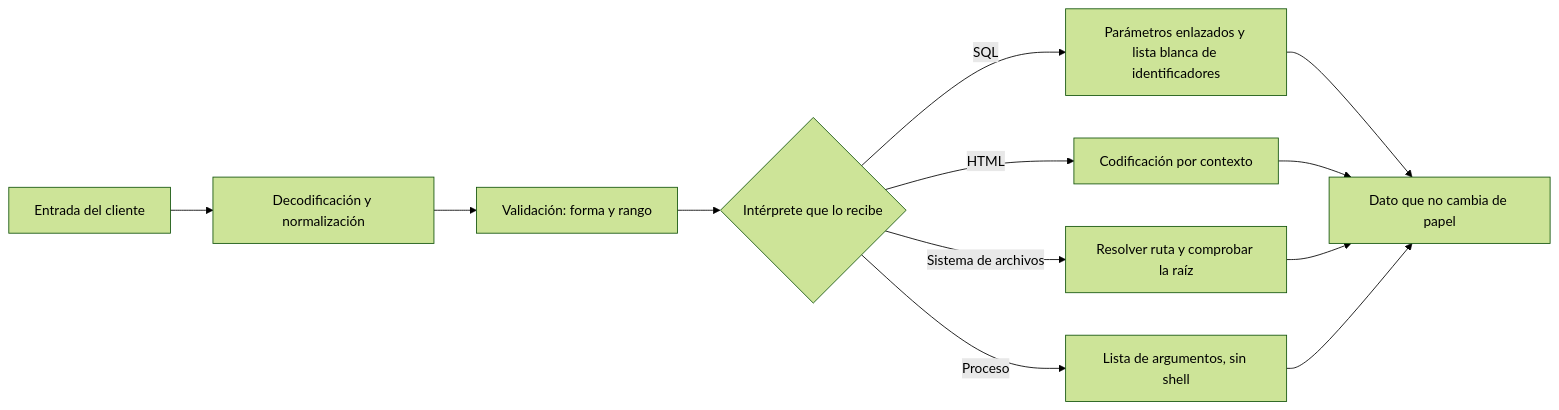
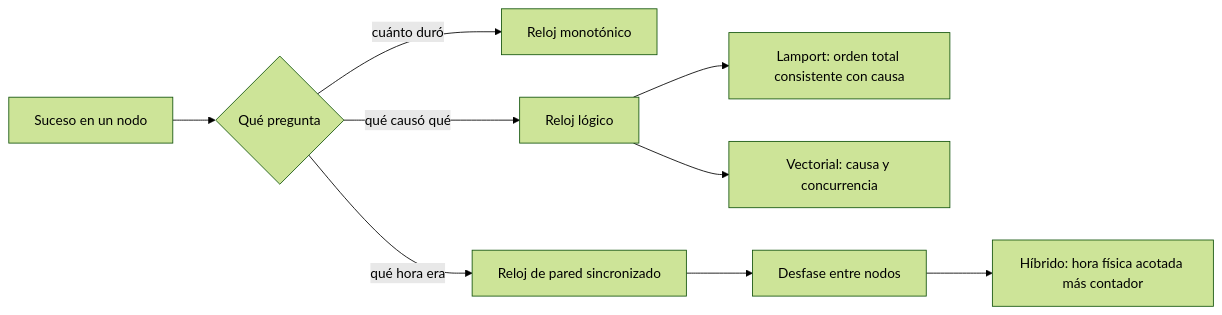
One commit to vladimiracunadev-create/modern-software-engineering-program changed the diagram in content/part-32/SE-388.md. Above: the diagram before and after it, drawn with Mermaid (forest theme). The commit also changed other lines of this file and 5193 other files, not shown here.

````diff
--- a/content/part-32/SE-388.md
+++ b/content/part-32/SE-388.md
@@ -56,14 +55,11 @@
 ```mermaid
 flowchart LR
-    A[Entrada del cliente] --> B[Decodificación y normalización]
-    B --> C[Validación: forma y rango]
-    C --> D{Intérprete que lo recibe}
-    D -->|SQL| E[Parámetros enlazados y lista blanca de identificadores]
-    D -->|HTML| F[Codificación por contexto]
-    D -->|Sistema de archivos| G[Resolver ruta y comprobar la raíz]
-    D -->|Proceso| H[Lista de argumentos, sin shell]
-    E --> I[Dato que no cambia de papel]
-    F --> I
-    G --> I
-    H --> I
+    A[Suceso en un nodo] --> B{Qué pregunta}
+    B -->|cuánto duró| C[Reloj monotónico]
+    B -->|qué hora era| D[Reloj de pared sincronizado]
+    B -->|qué causó qué| E[Reloj lógico]
+    E --> F[Lamport: orden total consistente con causa]
+    E --> G[Vectorial: causa y concurrencia]
+    D --> H[Desfase entre nodos]
+    H --> I[Híbrido: hora física acotada más contador]
 ```
````
